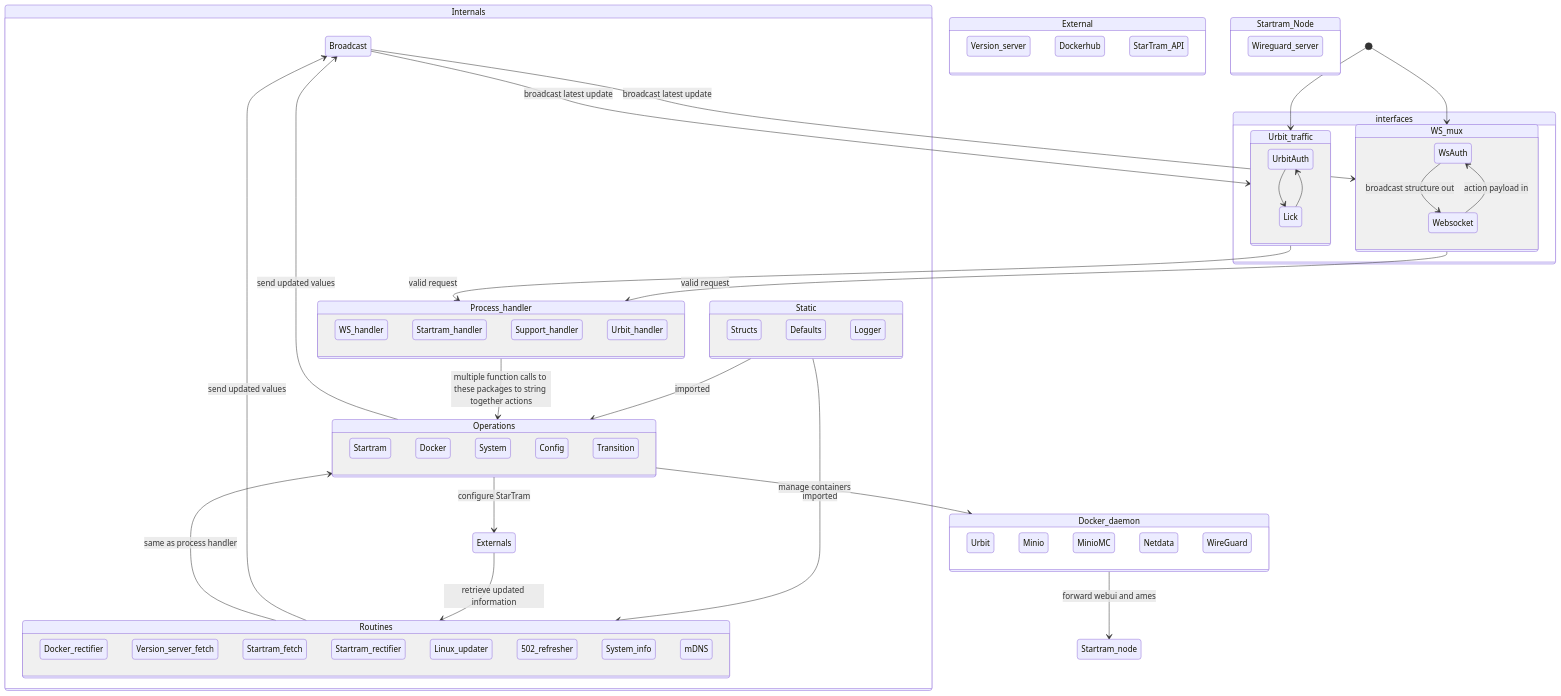
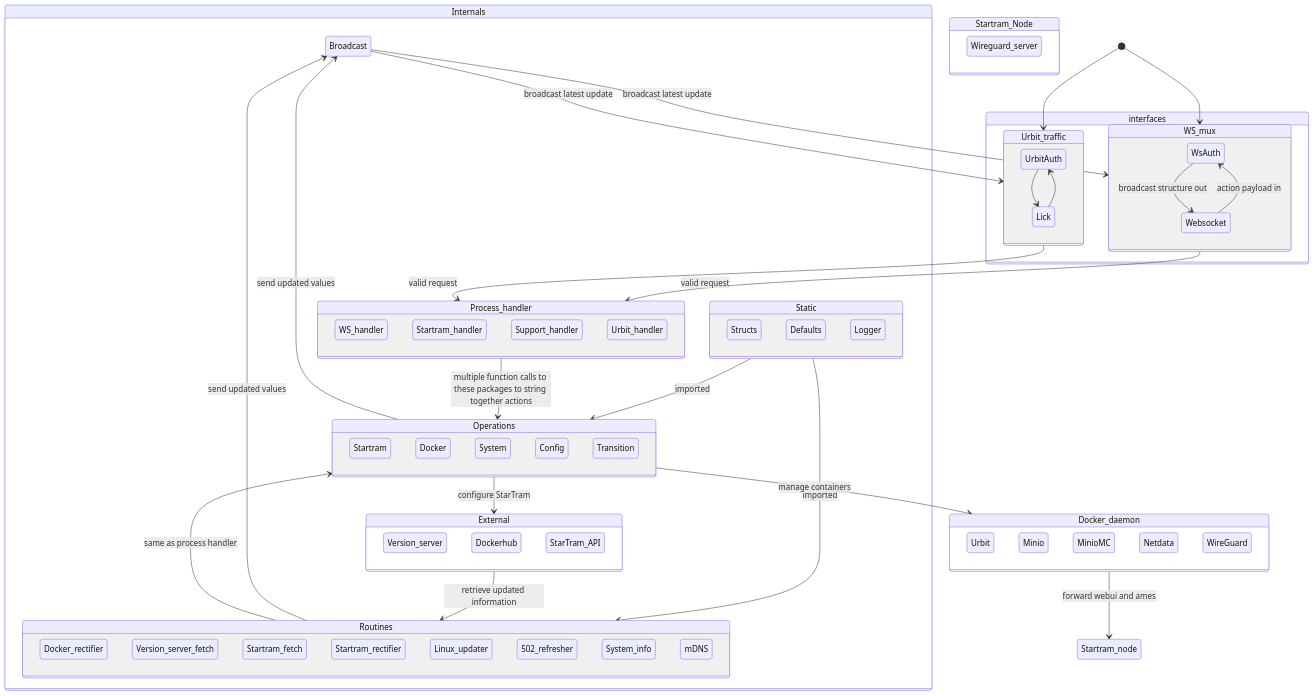
The diagram in goseg/readme.md (Native-Planet/GroundSeg), drawn with Mermaid before and after one commit.

````diff
--- a/goseg/readme.md
+++ b/goseg/readme.md
@@ -3,78 +3,78 @@
 ```mermaid
 stateDiagram-v2
     direction TB
     accTitle: Goseg package diagram
     accDescr: Interactions between packages in Groundseg Go rewrite
     classDef bcase fill:#f00,color:white,font-weight:bold,stroke-width:2px,stroke:yellow
     Broadcast-->WS_mux: broadcast latest update
     Broadcast-->Urbit_traffic: broadcast latest update
     Static-->Operations: imported
     Static-->Routines: imported
     state External {
         Version_server
         Dockerhub
         StarTram_API
     }
     state Startram_Node {
         Wireguard_server
     }
     state Internals {
         state Static {
             Structs
             Defaults
             Logger
         }
         state Routines {
             Docker_rectifier
             Version_server_fetch
             Startram_fetch
             Startram_rectifier
             Linux_updater
             502_refresher
             System_info
             mDNS
         }
         state Operations {
             Startram
             Docker
             System
             Config
             Transition
         }
         state Process_handler {
             WS_handler
             Startram_handler
             Support_handler
             Urbit_handler
         }
         Process_handler-->Operations: multiple function calls to these packages to string together actions
         Operations-->Broadcast: send updated values
         Routines-->Broadcast: send updated values
-        Externals-->Routines: retrieve updated information
-        Operations-->Externals: configure StarTram
+        External-->Routines: retrieve updated information
+        Operations-->External: configure StarTram
     }
     [*]-->WS_mux
     [*]-->Urbit_traffic
     WS_mux-->Process_handler: valid request
     Urbit_traffic-->Process_handler: valid request
     Routines-->Operations: same as process handler
     state interfaces {
         state Urbit_traffic {
             UrbitAuth-->Lick
             Lick-->UrbitAuth
         }
         state WS_mux {
             WsAuth-->Websocket: broadcast structure out
             Websocket-->WsAuth: action payload in
         }
     }
     state Docker_daemon {
         Urbit
         Minio
         MinioMC
         Netdata
         WireGuard
     }
     Operations-->Docker_daemon: manage containers
     Docker_daemon-->Startram_node: forward webui and ames
 ```
````
